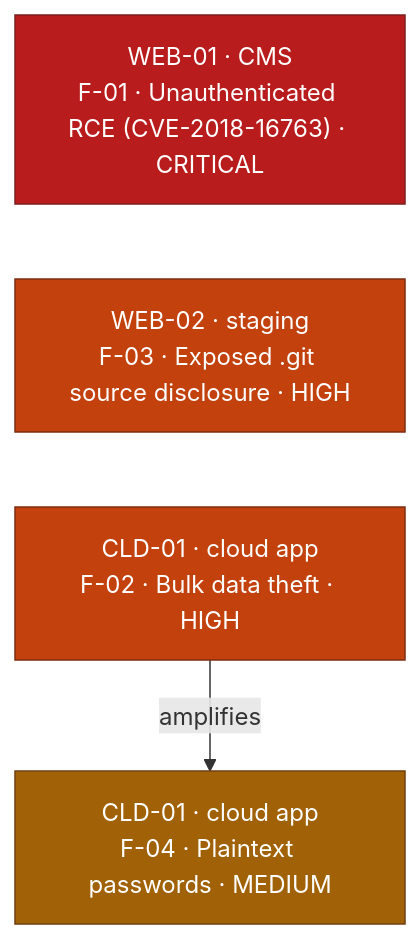
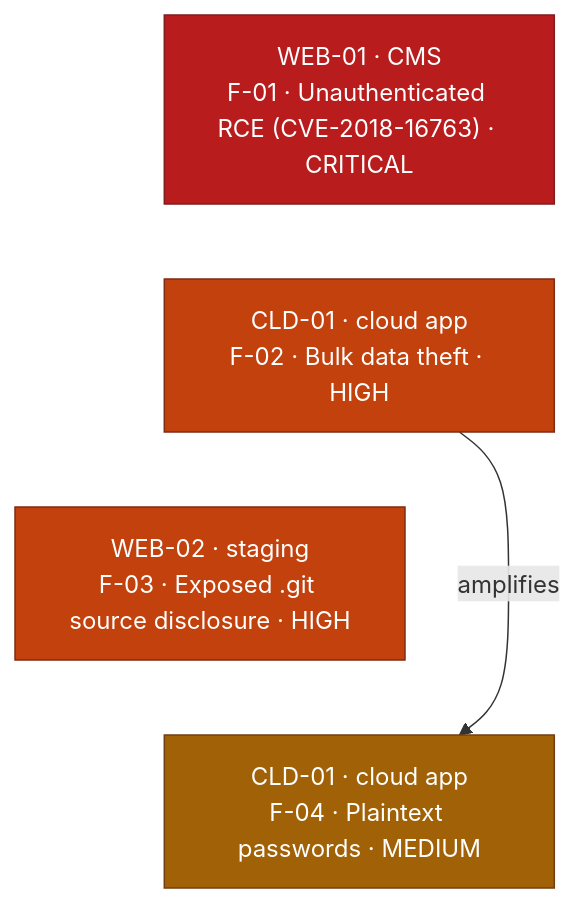
The diagram in reports/lab-assessment-2026-08.md (ouroboros-white/cybersecurity-portfolio), drawn with Mermaid before and after one commit. The commit also changed other lines of this file, not shown here.

Commit message:
style: order the management graphic by finding number
Every other report numbers findings in chain order, so their diagrams
read numerically. This one is not a chain, and ordering it by severity
made it the only diagram in the repository that did not. Numeric order
now, with the F-02 to F-04 amplification arrow routing past F-03.

````diff
--- a/reports/lab-assessment-2026-08.md
+++ b/reports/lab-assessment-2026-08.md
@@ -69,16 +67,17 @@
 ```mermaid
 flowchart TD
     A1["WEB-01 · CMS<br/>F-01 · Unauthenticated RCE (CVE-2018-16763) · CRITICAL"]
+    A2["CLD-01 · cloud app<br/>F-02 · Bulk data theft · HIGH"]
     A3["WEB-02 · staging<br/>F-03 · Exposed .git source disclosure · HIGH"]
-    A2["CLD-01 · cloud app<br/>F-02 · Bulk data theft · HIGH"]
     A4["CLD-01 · cloud app<br/>F-04 · Plaintext passwords · MEDIUM"]
-    A1 ~~~ A3
-    A3 ~~~ A2
+    A1 ~~~ A2
+    A2 ~~~ A3
+    A3 ~~~ A4
     A2 -->|"amplifies"| A4
     classDef crit fill:#b91c1c,stroke:#7f1d1d,color:#ffffff;
     classDef high fill:#c2410c,stroke:#7c2d12,color:#ffffff;
     classDef med fill:#a16207,stroke:#713f12,color:#ffffff;
     class A1 crit;
     class A2,A3 high;
     class A4 med;
 ```
````
